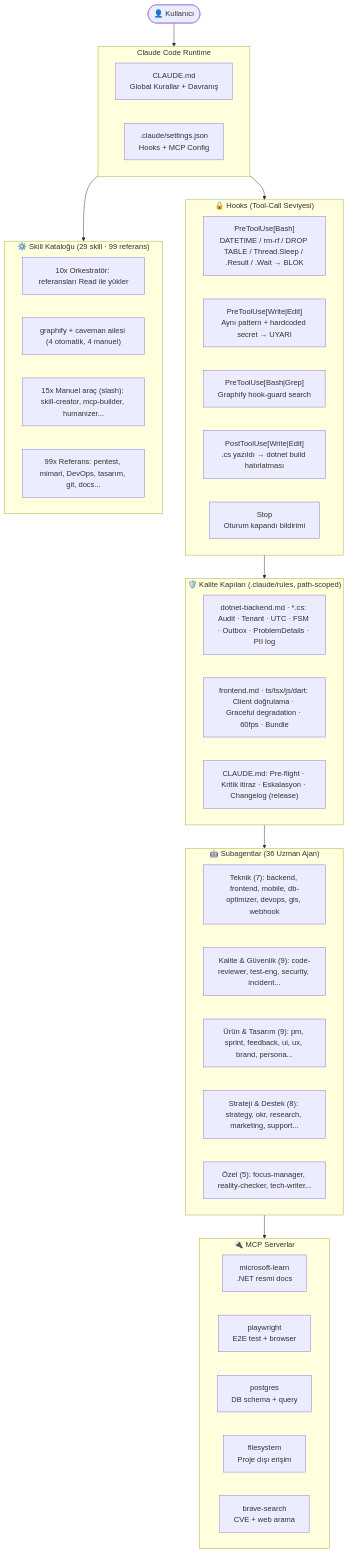
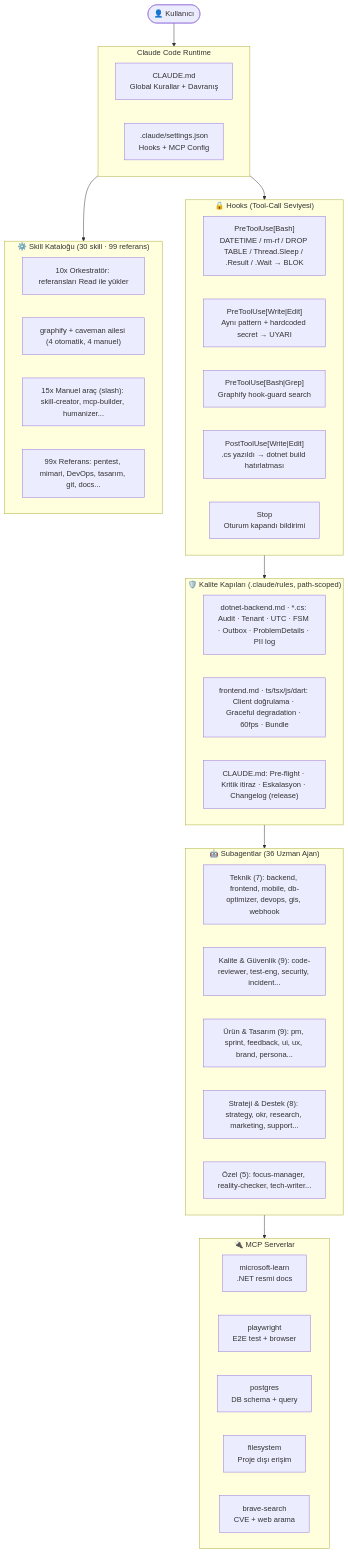
One commit to GktuOktay/claude-agency changed the diagram in docs/core/architecture.md. Above: the diagram before and after it, drawn with Mermaid. The commit also changed 6 other files, not shown here.

Commit message:
docs(agency-map): generate skill catalog from repo structure; fix counts to 30 skills

````diff
--- a/docs/core/architecture.md
+++ b/docs/core/architecture.md
@@ -9,53 +9,53 @@
 ```mermaid
 graph TB
     User(["👤 Kullanıcı"])
 
     subgraph CC["Claude Code Runtime"]
         CLAUDE["CLAUDE.md\nGlobal Kurallar + Davranış"]
         SETTINGS[".claude/settings.json\nHooks + MCP Config"]
     end
 
     subgraph HOOKS["🔒 Hooks (Tool-Call Seviyesi)"]
         H1["PreToolUse[Bash]\nDATETIME / rm-rf / DROP TABLE / Thread.Sleep / .Result / .Wait → BLOK"]
         H2["PreToolUse[Write|Edit]\nAynı pattern + hardcoded secret → UYARI"]
         H3["PreToolUse[Bash|Grep]\nGraphify hook-guard search"]
         H4["PostToolUse[Write|Edit]\n.cs yazıldı → dotnet build hatırlatması"]
         H5["Stop\nOturum kapandı bildirimi"]
     end
 
     subgraph GATES["🛡️ Kalite Kapıları (.claude/rules, path-scoped)"]
         G1["dotnet-backend.md · *.cs: Audit · Tenant · UTC · FSM · Outbox · ProblemDetails · PII log"]
         G2["frontend.md · ts/tsx/js/dart: Client doğrulama · Graceful degradation · 60fps · Bundle"]
         G3["CLAUDE.md: Pre-flight · Kritik itiraz · Eskalasyon · Changelog (release)"]
     end
 
     subgraph AGENTS["🤖 Subagentlar (36 Uzman Ajan)"]
         A1["Teknik (7): backend, frontend, mobile, db-optimizer, devops, gis, webhook"]
         A2["Kalite & Güvenlik (9): code-reviewer, test-eng, security, incident..."]
         A3["Ürün & Tasarım (9): pm, sprint, feedback, ui, ux, brand, persona..."]
         A4["Strateji & Destek (8): strategy, okr, research, marketing, support..."]
         A5["Özel (5): focus-manager, reality-checker, tech-writer..."]
     end
 
     subgraph MCP["🔌 MCP Serverlar"]
         M1["microsoft-learn\n.NET resmi docs"]
         M2["playwright\nE2E test + browser"]
         M3["postgres\nDB schema + query"]
         M4["filesystem\nProje dışı erişim"]
         M5["brave-search\nCVE + web arama"]
     end
 
-    subgraph SKILLS["⚙️ Skill Kataloğu (29 skill · 99 referans)"]
+    subgraph SKILLS["⚙️ Skill Kataloğu (30 skill · 99 referans)"]
         S1["10x Orkestratör: referansları Read ile yükler"]
         S2["graphify + caveman ailesi (4 otomatik, 4 manuel)"]
         S3["15x Manuel araç (slash): skill-creator, mcp-builder, humanizer..."]
         S4["99x Referans: pentest, mimari, DevOps, tasarım, git, docs..."]
     end
 
     User --> CC
     CC --> HOOKS
     HOOKS --> GATES
     GATES --> AGENTS
     AGENTS --> MCP
     CC --> SKILLS
 ```
````
